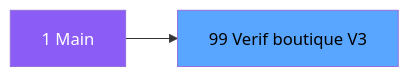
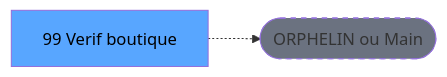
The second of 3 diagrams in .openspec/renders/ADH-IDE-99.md (thonyAGP/lecteur-magic), drawn with Mermaid before and after one commit. The commit also changed other lines of this file and 701 other files, not shown here.

````diff
--- a/.openspec/renders/ADH-IDE-99.md
+++ b/.openspec/renders/ADH-IDE-99.md
@@ -113,8 +117,8 @@
 ```mermaid
 graph LR
-    M[1 Main]
-    T[99 Verif boutique V3]
-    M --> T
-    style M fill:#8b5cf6,color:#fff
+    T[99 Verif boutique ]
+    ORPHAN([ORPHELIN ou Main])
+    T -.-> ORPHAN
     style T fill:#58a6ff,color:#000
+    style ORPHAN fill:#6b7280,stroke-dasharray: 5 5
 ```
````
